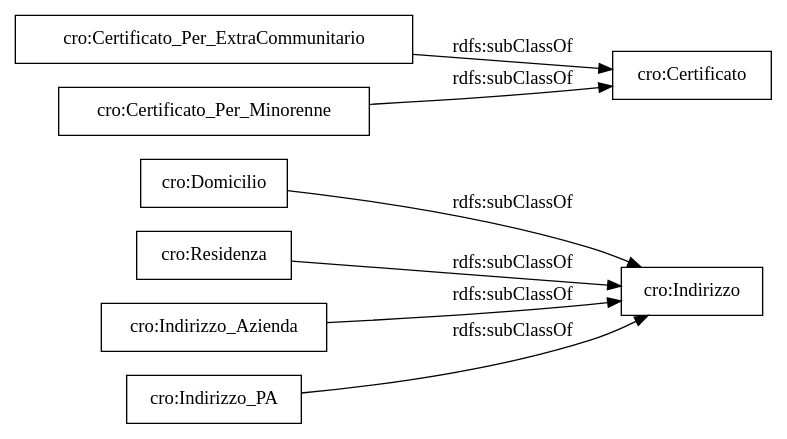
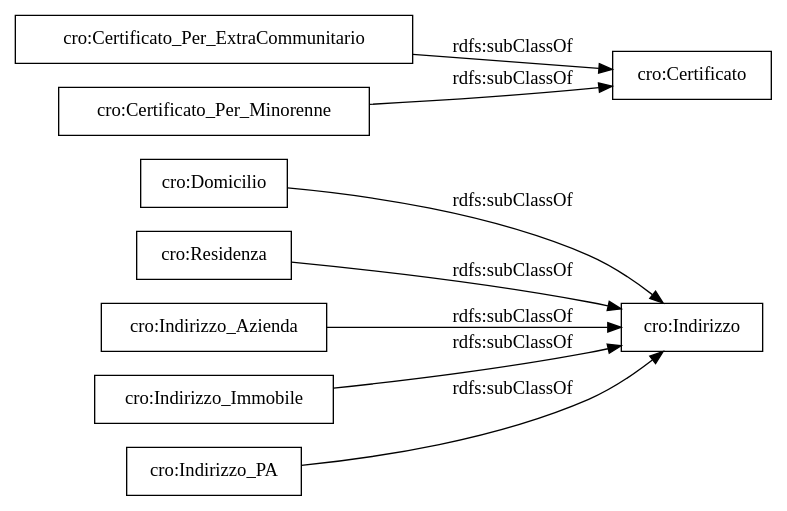
One commit to gcarau/RichiestaCertificati changed the diagram in OnToology/CertificateRequest.ttl/diagrams/ar2dtool-taxonomy/CertificateRequest.ttl.png.dot. Above: the diagram before and after it, drawn with Graphviz. The commit also changed 12 other files, not shown here.

```diff
--- a/OnToology/CertificateRequest.ttl/diagrams/ar2dtool-taxonomy/CertificateRequest.ttl.png.dot
+++ b/OnToology/CertificateRequest.ttl/diagrams/ar2dtool-taxonomy/CertificateRequest.ttl.png.dot
@@ -1,12 +1,13 @@
 digraph ar2dtool_diagram { 
 rankdir=LR;
 size="1000"
-node [shape = rectangle, color="black"]; "cro:Domicilio" "cro:Residenza" "cro:Certificato_Per_ExtraCommunitario" "cro:Indirizzo_Azienda" "cro:Certificato_Per_Minorenne" "cro:Indirizzo" "cro:Indirizzo_PA" "cro:Certificato" ; /*classes style*/
+node [shape = rectangle, color="black"]; "cro:Domicilio" "cro:Certificato" "cro:Residenza" "cro:Certificato_Per_ExtraCommunitario" "cro:Indirizzo_Azienda" "cro:Indirizzo_Immobile" "cro:Certificato_Per_Minorenne" "cro:Indirizzo" "cro:Indirizzo_PA" ; /*classes style*/
 	"cro:Certificato_Per_Minorenne" -> "cro:Certificato" [ label = "rdfs:subClassOf" ];
 	"cro:Indirizzo_Azienda" -> "cro:Indirizzo" [ label = "rdfs:subClassOf" ];
 	"cro:Certificato_Per_ExtraCommunitario" -> "cro:Certificato" [ label = "rdfs:subClassOf" ];
 	"cro:Residenza" -> "cro:Indirizzo" [ label = "rdfs:subClassOf" ];
 	"cro:Domicilio" -> "cro:Indirizzo" [ label = "rdfs:subClassOf" ];
 	"cro:Indirizzo_PA" -> "cro:Indirizzo" [ label = "rdfs:subClassOf" ];
+	"cro:Indirizzo_Immobile" -> "cro:Indirizzo" [ label = "rdfs:subClassOf" ];
 
 }
```
